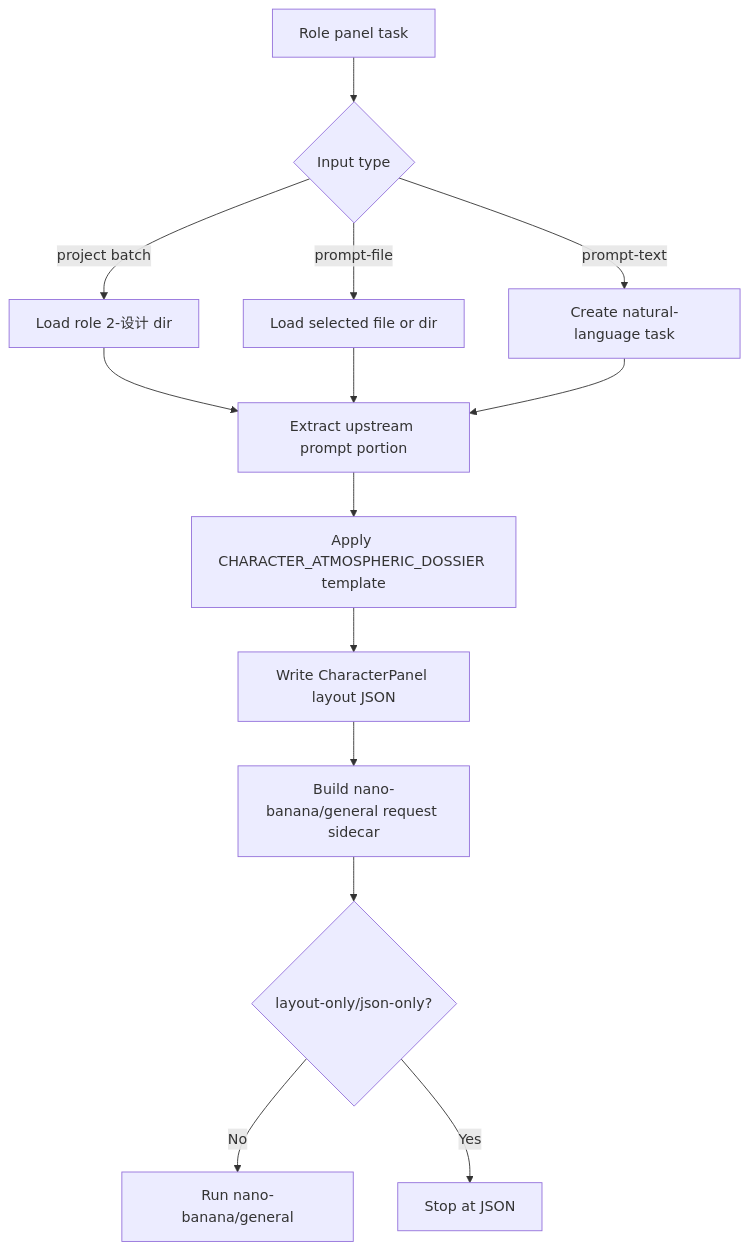
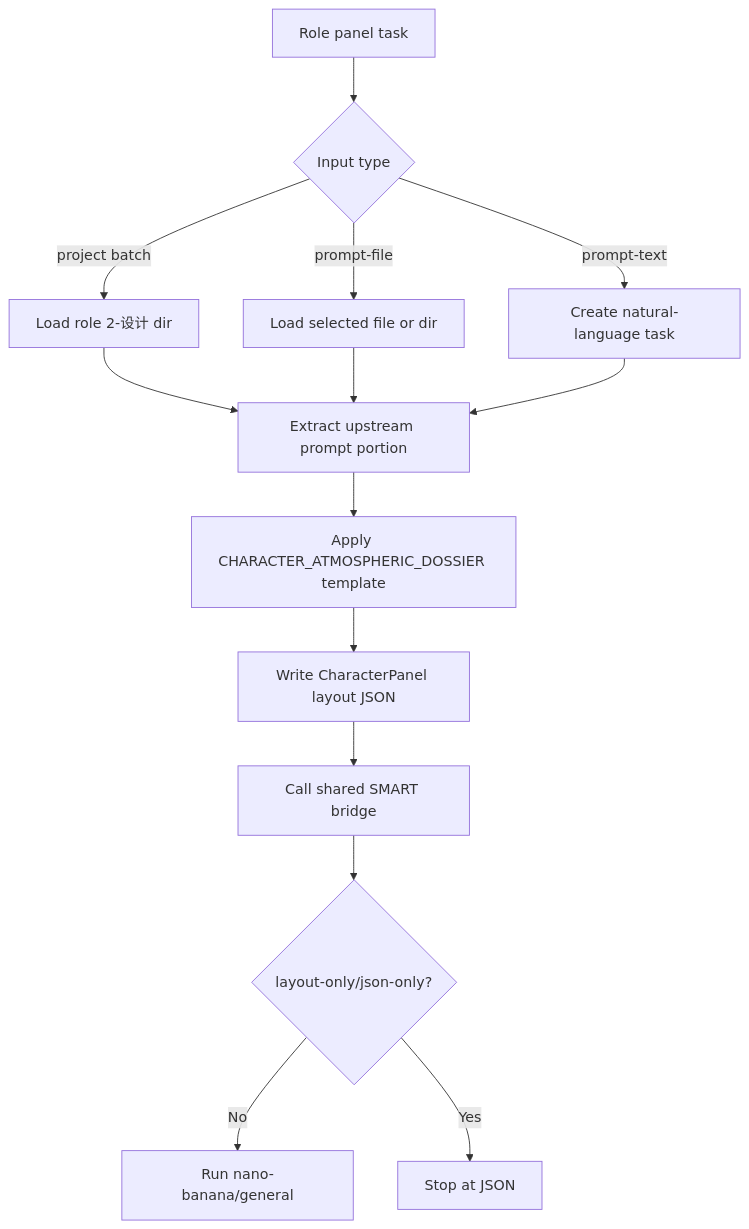
Before and after one commit to ZEN-VOID/AI-CUT: the first of 4 diagrams in .agents/skills/aigc/4-Design/3-面板/角色/SKILL.md, drawn with Mermaid. The commit also changed other lines of this file and 40 other files, not shown here.

````diff
--- a/.agents/skills/aigc/4-Design/3-面板/角色/SKILL.md
+++ b/.agents/skills/aigc/4-Design/3-面板/角色/SKILL.md
@@ -105,16 +106,16 @@
 ```mermaid
 flowchart TD
     A["Role panel task"] --> B{"Input type"}
     B -->|"project batch"| C["Load role 2-设计 dir"]
     B -->|"prompt-file"| D["Load selected file or dir"]
     B -->|"prompt-text"| E["Create natural-language task"]
     C --> F["Extract upstream prompt portion"]
     D --> F
     E --> F
     F --> G["Apply CHARACTER_ATMOSPHERIC_DOSSIER template"]
     G --> H["Write CharacterPanel layout JSON"]
-    H --> I["Build nano-banana/general request sidecar"]
+    H --> I["Call shared SMART bridge"]
     I --> J{"layout-only/json-only?"}
     J -->|"No"| K["Run nano-banana/general"]
     J -->|"Yes"| L["Stop at JSON"]
 ```
````
